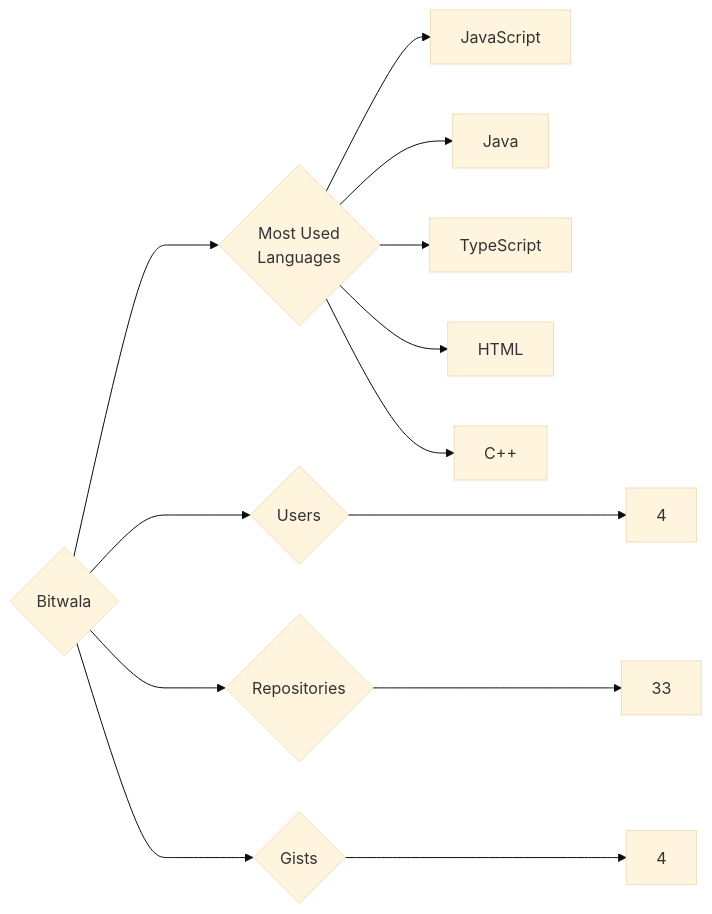
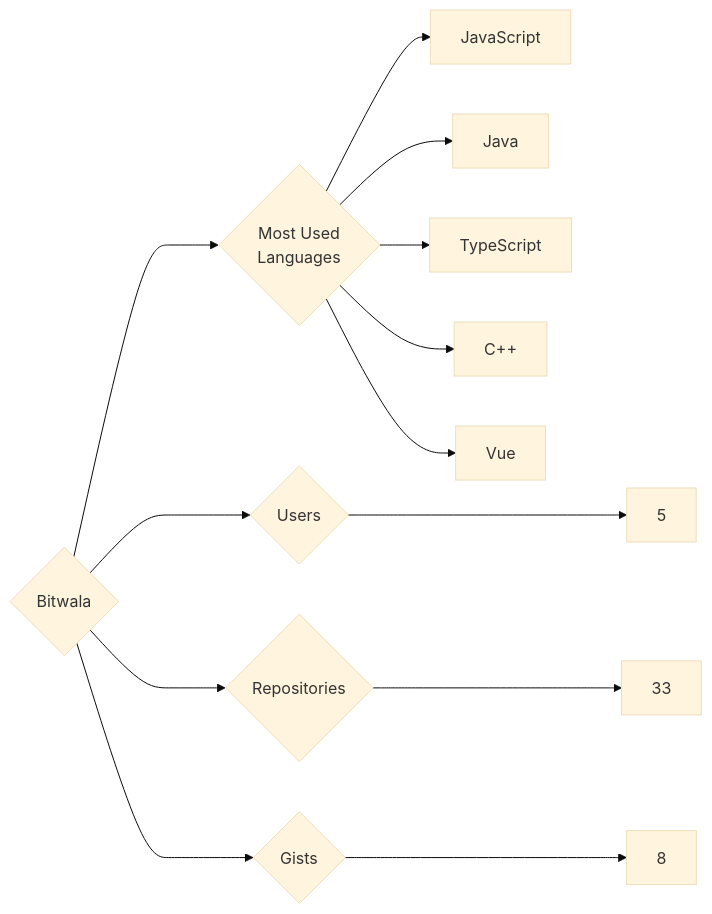
The diagram in targets/Bitwala/README.md (trickest/insiders), drawn with Mermaid (base theme) before and after one commit. The commit also changed 1092 other files, not shown here.

````diff
--- a/targets/Bitwala/README.md
+++ b/targets/Bitwala/README.md
@@ -3,13 +3,13 @@
 ```mermaid
 graph LR
 COMPANY_NAME{Bitwala}
-COMPANY_NAME ---> U{Users} ---> UN[4]
+COMPANY_NAME ---> U{Users} ---> UN[5]
 COMPANY_NAME ---> R{Repositories} ---> RN[33]
-COMPANY_NAME ---> G{Gists} ---> GN[4]
+COMPANY_NAME ---> G{Gists} ---> GN[8]
 COMPANY_NAME ---> ML{Most Used<br>Languages}
 ML --> JavaScript[JavaScript]
 ML --> Java[Java]
 ML --> TypeScript[TypeScript]
-ML --> HTML[HTML]
 ML --> C++[C++]
+ML --> Vue[Vue]
 ```
````
